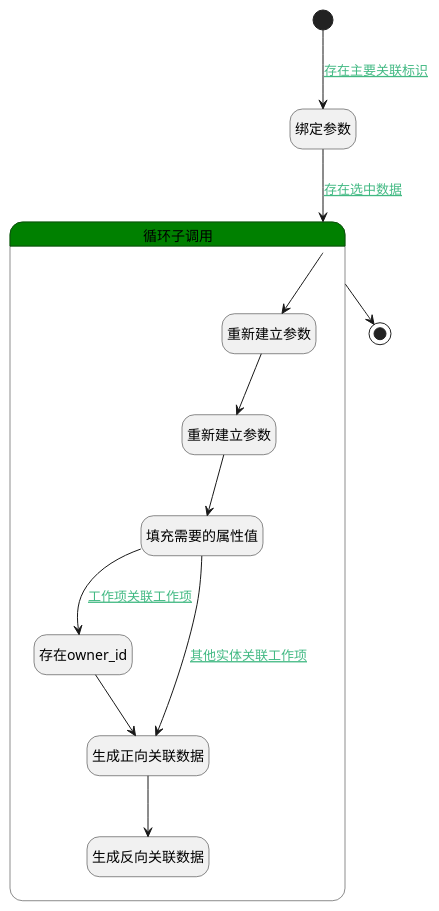
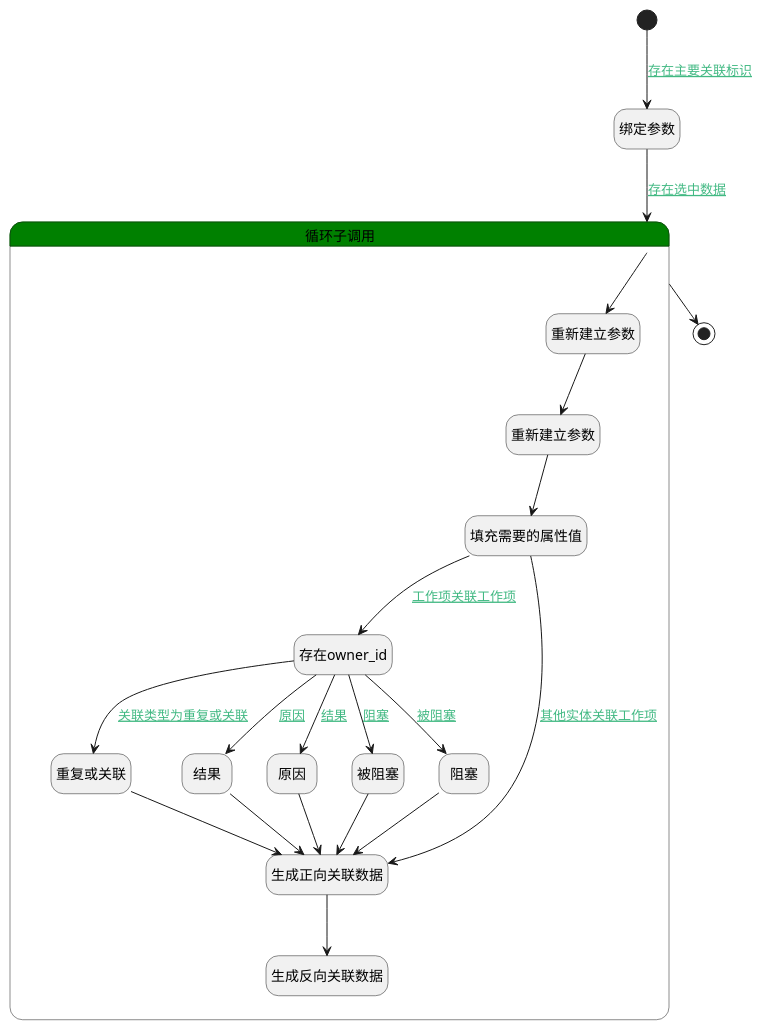
Before and after one commit to iBizLab/plm: the diagram in doc/docsify/module/ProjMgmt/work_item/logic/others_relation_work_item.md, drawn with PlantUML. The commit also changed other lines of this file and 1068 other files, not shown here.

````diff
--- a/doc/docsify/module/ProjMgmt/work_item/logic/others_relation_work_item.md
+++ b/doc/docsify/module/ProjMgmt/work_item/logic/others_relation_work_item.md
@@ -7,37 +7,51 @@
 ```plantuml
 @startuml
 hide empty description
 <style>
 root {
   HyperlinkColor #42b983
 }
 </style>
 
 hide empty description
 state "开始" as Begin <<start>> [[$./others_relation_work_item#begin {"开始"}]]
 state "绑定参数" as BINDPARAM1  [[$./others_relation_work_item#bindparam1 {"绑定参数"}]]
 state "结束" as END1 <<end>> [[$./others_relation_work_item#end1 {"结束"}]]
 state "循环子调用" as LOOPSUBCALL1  [[$./others_relation_work_item#loopsubcall1 {"循环子调用"}]] #green {
 state "重新建立参数" as RENEWPARAM1  [[$./others_relation_work_item#renewparam1 {"重新建立参数"}]]
 state "重新建立参数" as RENEWPARAM2  [[$./others_relation_work_item#renewparam2 {"重新建立参数"}]]
 state "填充需要的属性值" as PREPAREPARAM1  [[$./others_relation_work_item#prepareparam1 {"填充需要的属性值"}]]
 state "存在owner_id" as PREPAREPARAM2  [[$./others_relation_work_item#prepareparam2 {"存在owner_id"}]]
+state "重复或关联" as PREPAREPARAM3  [[$./others_relation_work_item#prepareparam3 {"重复或关联"}]]
+state "结果" as PREPAREPARAM4  [[$./others_relation_work_item#prepareparam4 {"结果"}]]
+state "原因" as PREPAREPARAM5  [[$./others_relation_work_item#prepareparam5 {"原因"}]]
+state "被阻塞" as PREPAREPARAM6  [[$./others_relation_work_item#prepareparam6 {"被阻塞"}]]
+state "阻塞" as PREPAREPARAM7  [[$./others_relation_work_item#prepareparam7 {"阻塞"}]]
 state "生成正向关联数据" as DEACTION1  [[$./others_relation_work_item#deaction1 {"生成正向关联数据"}]]
 state "生成反向关联数据" as DEACTION2  [[$./others_relation_work_item#deaction2 {"生成反向关联数据"}]]
 }
 
 
 Begin --> BINDPARAM1 : [[$./others_relation_work_item#begin-bindparam1{存在主要关联标识} 存在主要关联标识]]
 BINDPARAM1 --> LOOPSUBCALL1 : [[$./others_relation_work_item#bindparam1-loopsubcall1{存在选中数据} 存在选中数据]]
 LOOPSUBCALL1 --> RENEWPARAM1
 RENEWPARAM1 --> RENEWPARAM2
 RENEWPARAM2 --> PREPAREPARAM1
 PREPAREPARAM1 --> PREPAREPARAM2 : [[$./others_relation_work_item#prepareparam1-prepareparam2{工作项关联工作项} 工作项关联工作项]]
-PREPAREPARAM2 --> DEACTION1
+PREPAREPARAM2 --> PREPAREPARAM3 : [[$./others_relation_work_item#prepareparam2-prepareparam3{关联类型为重复或关联} 关联类型为重复或关联]]
+PREPAREPARAM3 --> DEACTION1
 DEACTION1 --> DEACTION2
+PREPAREPARAM2 --> PREPAREPARAM4 : [[$./others_relation_work_item#prepareparam2-prepareparam4{原因} 原因]]
+PREPAREPARAM4 --> DEACTION1
+PREPAREPARAM2 --> PREPAREPARAM5 : [[$./others_relation_work_item#prepareparam2-prepareparam5{结果} 结果]]
+PREPAREPARAM5 --> DEACTION1
+PREPAREPARAM2 --> PREPAREPARAM6 : [[$./others_relation_work_item#prepareparam2-prepareparam6{阻塞} 阻塞]]
+PREPAREPARAM6 --> DEACTION1
+PREPAREPARAM2 --> PREPAREPARAM7 : [[$./others_relation_work_item#prepareparam2-prepareparam7{被阻塞} 被阻塞]]
+PREPAREPARAM7 --> DEACTION1
 PREPAREPARAM1 --> DEACTION1 : [[$./others_relation_work_item#prepareparam1-deaction1{其他实体关联工作项} 其他实体关联工作项]]
 LOOPSUBCALL1 --> END1
 
 
 @enduml
 ```
````
